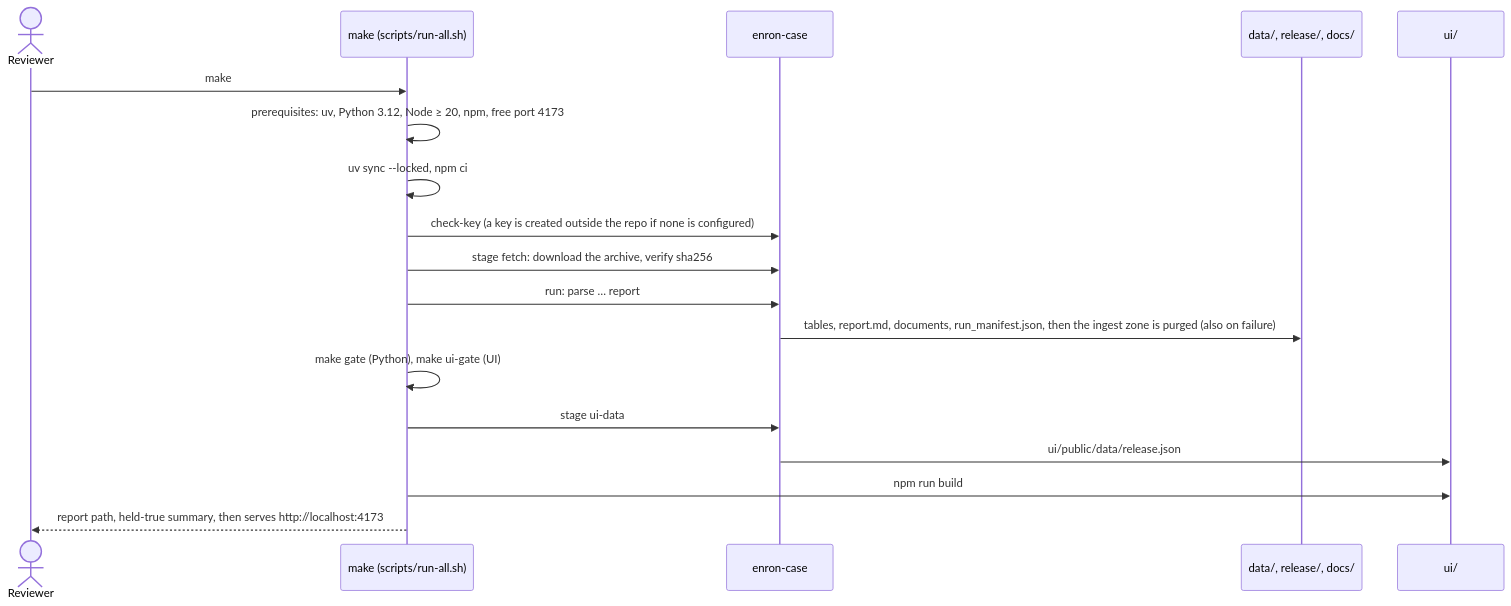
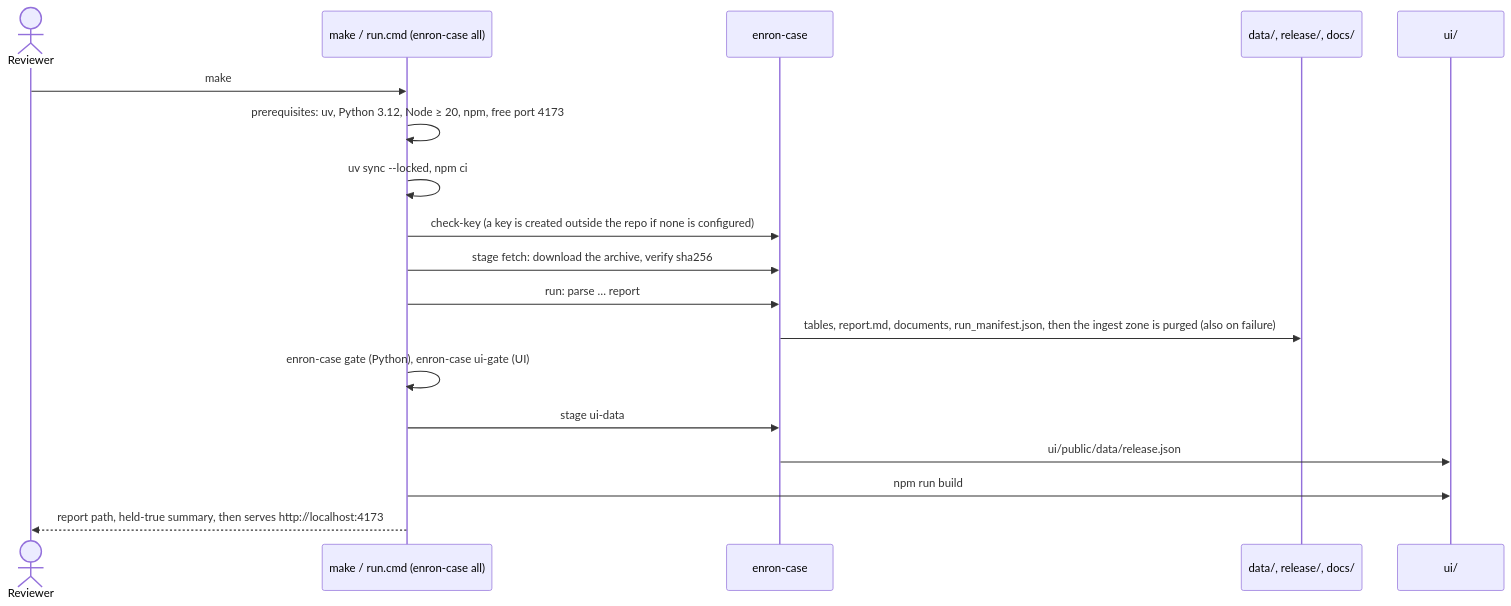
Before and after one commit to marcusvieira88/network-science: the second of 6 diagrams in docs/architecture.md, drawn with Mermaid. The commit also changed other lines of this file and 7 other files, not shown here.

````diff
--- a/docs/architecture.md
+++ b/docs/architecture.md
@@ -101,20 +101,20 @@
 ```mermaid
 sequenceDiagram
     actor Rev as Reviewer
-    participant M as make (scripts/run-all.sh)
+    participant M as make / run.cmd (enron-case all)
     participant P as enron-case
     participant Z as data/, release/, docs/
     participant U as ui/
     Rev->>M: make
     M->>M: prerequisites: uv, Python 3.12, Node ≥ 20, npm, free port 4173
     M->>M: uv sync --locked, npm ci
     M->>P: check-key (a key is created outside the repo if none is configured)
     M->>P: stage fetch: download the archive, verify sha256
     M->>P: run: parse … report
     P->>Z: tables, report.md, documents, run_manifest.json, then the ingest zone is purged (also on failure)
-    M->>M: make gate (Python), make ui-gate (UI)
+    M->>M: enron-case gate (Python), enron-case ui-gate (UI)
     M->>P: stage ui-data
     P->>U: ui/public/data/release.json
     M->>U: npm run build
     M-->>Rev: report path, held-true summary, then serves http://localhost:4173
 ```
````
